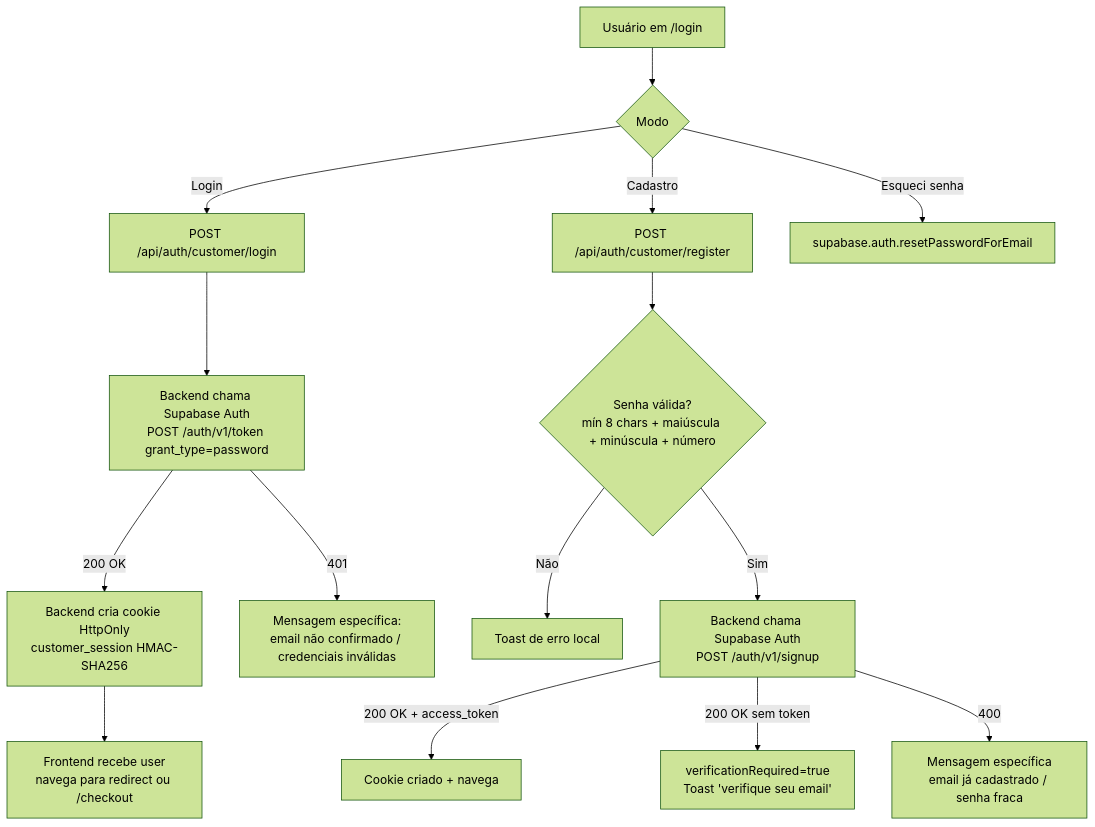
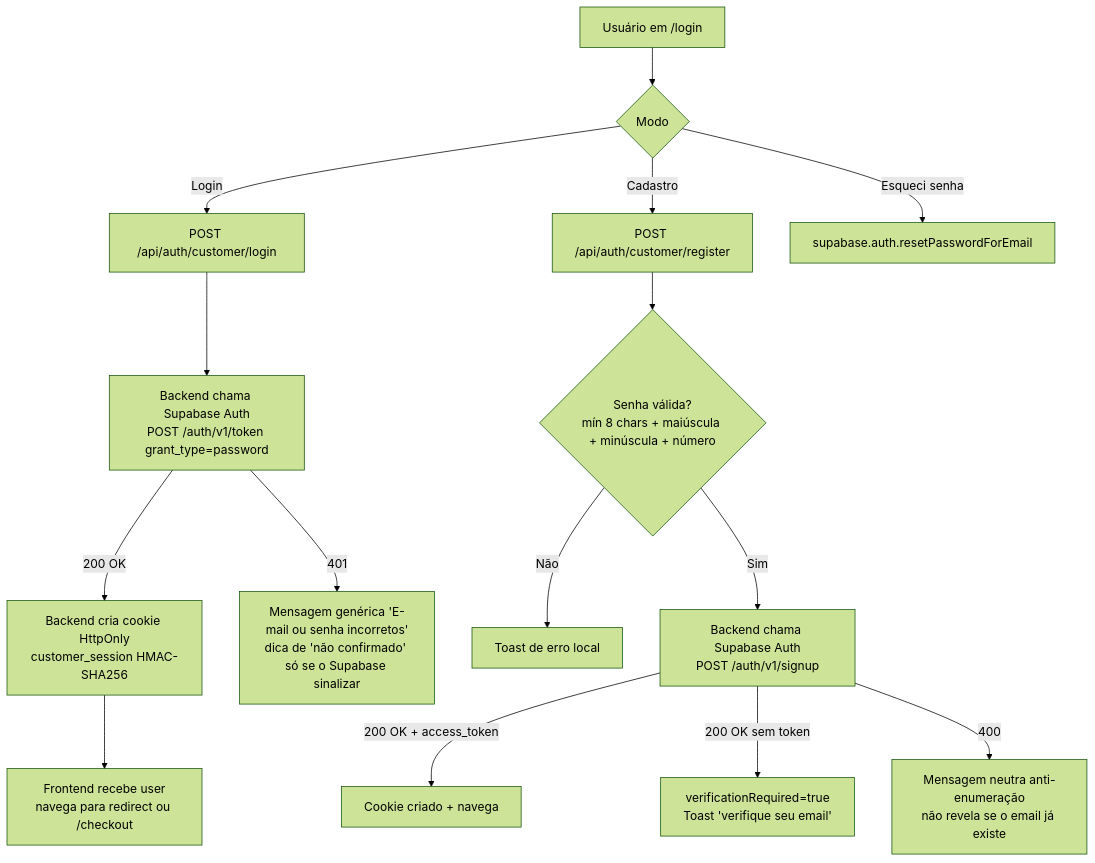
One commit to JoaoLuisC/Atelie-escolar changed the first of 10 diagrams in docs/ProjectDocs/05-FLUXOS.md. Above: the diagram before and after it, drawn with Mermaid (forest theme). The commit also changed other lines of this file and 158 other files, not shown here.

````diff
--- a/docs/ProjectDocs/05-FLUXOS.md
+++ b/docs/ProjectDocs/05-FLUXOS.md
@@ -22,19 +22,19 @@
 ```mermaid
 flowchart TD
     A[Usuário em /login] --> B{Modo}
     B -->|Login| C[POST /api/auth/customer/login]
     B -->|Cadastro| D[POST /api/auth/customer/register]
     B -->|Esqueci senha| E[supabase.auth.resetPasswordForEmail]
 
     C --> C1[Backend chama Supabase Auth<br/>POST /auth/v1/token grant_type=password]
     C1 -->|200 OK| C2[Backend cria cookie HttpOnly<br/>customer_session HMAC-SHA256]
     C2 --> C3[Frontend recebe user<br/>navega para redirect ou /checkout]
-    C1 -->|401| C4[Mensagem específica:<br/>email não confirmado / credenciais inválidas]
+    C1 -->|401| C4[Mensagem genérica 'E-mail ou senha incorretos'<br/>dica de 'não confirmado' só se o Supabase sinalizar]
 
     D --> D1{Senha válida?<br/>mín 8 chars + maiúscula + minúscula + número}
     D1 -->|Não| D2[Toast de erro local]
     D1 -->|Sim| D3[Backend chama Supabase Auth<br/>POST /auth/v1/signup]
     D3 -->|200 OK + access_token| D4[Cookie criado + navega]
     D3 -->|200 OK sem token| D5[verificationRequired=true<br/>Toast 'verifique seu email']
-    D3 -->|400| D6[Mensagem específica<br/>email já cadastrado / senha fraca]
+    D3 -->|400| D6[Mensagem neutra anti-enumeração<br/>não revela se o email já existe]
 ```
````
